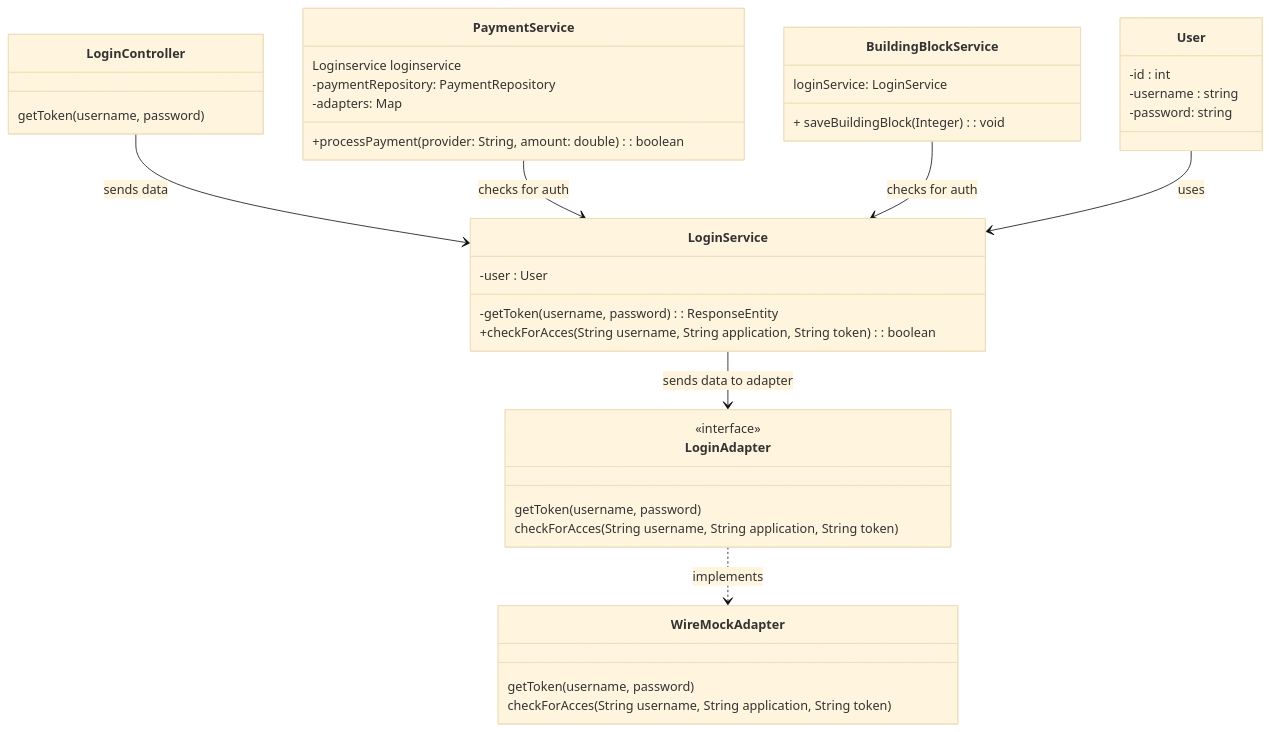
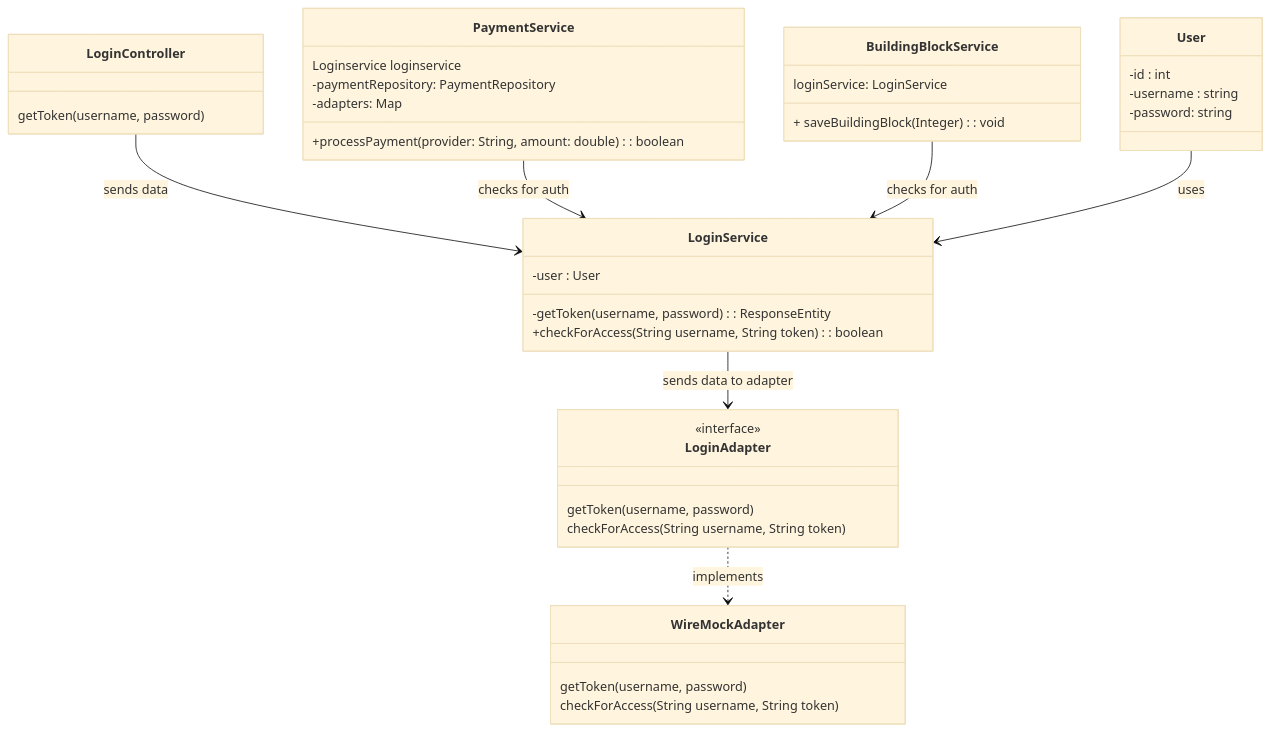
One commit to AIM-ENE-feb25/triptop-inshallahboys changed the second of 5 diagrams in software-guidebook/README.md. Above: the diagram before and after it, drawn with Mermaid (base theme). The commit also changed other lines of this file, not shown here.

````diff
--- a/software-guidebook/README.md
+++ b/software-guidebook/README.md
@@ -170,51 +170,51 @@
 ```mermaid
 classDiagram
 
 class User {
     -id : int
     -username : string
     -password: string
 }
 
 class LoginController{
     getToken(username, password)
 }
 
 class LoginService{
     -user : User
     -getToken(username, password) : ResponseEntity<String>
-    +checkForAcces(String username, String application, String token) : boolean
+    +checkForAccess(String username, String token) : boolean
 }
 
 class LoginAdapter{
     <<interface>>
     getToken(username, password)
-    checkForAcces(String username, String application, String token)
+    checkForAccess(String username, String token)
 }
 
 class WireMockAdapter{
     getToken(username, password)
-    checkForAcces(String username, String application, String token)
+    checkForAccess(String username, String token)
 }
 
 
 class PaymentService {
     Loginservice loginservice
     +processPayment(provider: String, amount: double): boolean
     -paymentRepository: PaymentRepository
     -adapters: Map<String, PaymentAdapter>
 }
 
 class BuildingBlockService {
     loginService: LoginService
     + saveBuildingBlock(Integer): void
 }
 
 LoginController --> LoginService : sends data
 LoginService --> LoginAdapter : sends data to adapter
 LoginAdapter ..> WireMockAdapter : implements
 PaymentService --> LoginService : checks for auth
 BuildingBlockService --> LoginService : checks for auth
 User --> LoginService : uses
 
 ```
````
